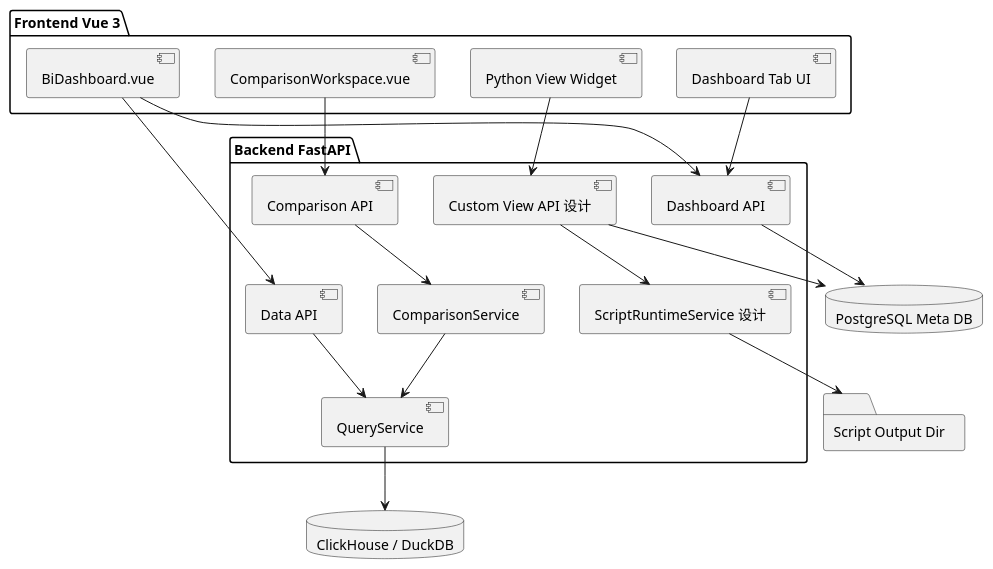
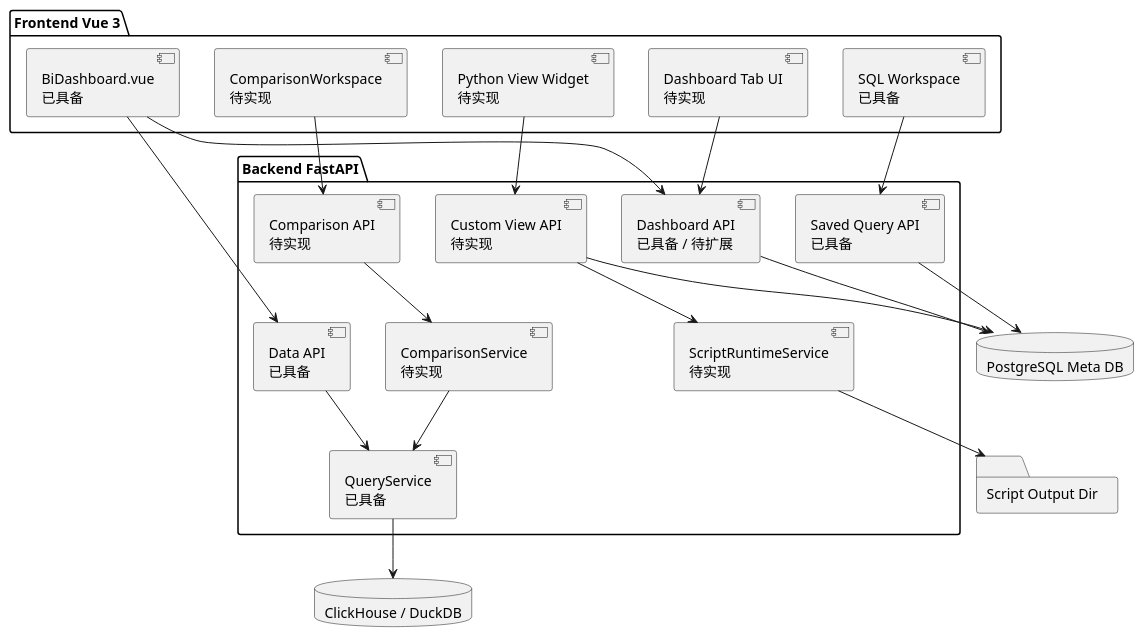
Before and after one commit to Percy-m/data_search: the second of 3 diagrams in my_design/design.md, drawn with PlantUML. The commit also changed other lines of this file and 1 other file, not shown here.

````diff
--- a/my_design/design.md
+++ b/my_design/design.md
@@ -133,38 +150,42 @@
 ```plantuml
 @startuml
 package "Frontend Vue 3" {
-  [BiDashboard.vue] as BI
-  [ComparisonWorkspace.vue] as CompareUI
-  [Dashboard Tab UI] as TabUI
-  [Python View Widget] as PyUI
+  [BiDashboard.vue\n已具备] as BI
+  [SQL Workspace\n已具备] as SQLUI
+  [Dashboard Tab UI\n待实现] as TabUI
+  [ComparisonWorkspace\n待实现] as CompareUI
+  [Python View Widget\n待实现] as PyUI
 }
 
 package "Backend FastAPI" {
-  [Data API] as DataAPI
-  [Dashboard API] as DashAPI
-  [Comparison API] as CompAPI
-  [Custom View API 设计] as CustomAPI
-  [QueryService] as QuerySvc
-  [ComparisonService] as CompSvc
-  [ScriptRuntimeService 设计] as ScriptSvc
+  [Data API\n已具备] as DataAPI
+  [Dashboard API\n已具备 / 待扩展] as DashAPI
+  [Saved Query API\n已具备] as QueryAPI
+  [Comparison API\n待实现] as CompAPI
+  [Custom View API\n待实现] as CustomAPI
+  [QueryService\n已具备] as QuerySvc
+  [ComparisonService\n待实现] as CompSvc
+  [ScriptRuntimeService\n待实现] as ScriptSvc
 }
 
 database "PostgreSQL Meta DB" as Meta
 database "ClickHouse / DuckDB" as Biz
 folder "Script Output Dir" as Output
 
 BI --> DataAPI
+SQLUI --> QueryAPI
 BI --> DashAPI
+TabUI --> DashAPI
 CompareUI --> CompAPI
-TabUI --> DashAPI
 PyUI --> CustomAPI
 DataAPI --> QuerySvc
 CompAPI --> CompSvc
 CustomAPI --> ScriptSvc
 QuerySvc --> Biz
 CompSvc --> QuerySvc
 DashAPI --> Meta
+QueryAPI --> Meta
 CustomAPI --> Meta
 ScriptSvc --> Output
 @enduml
 ```
````
